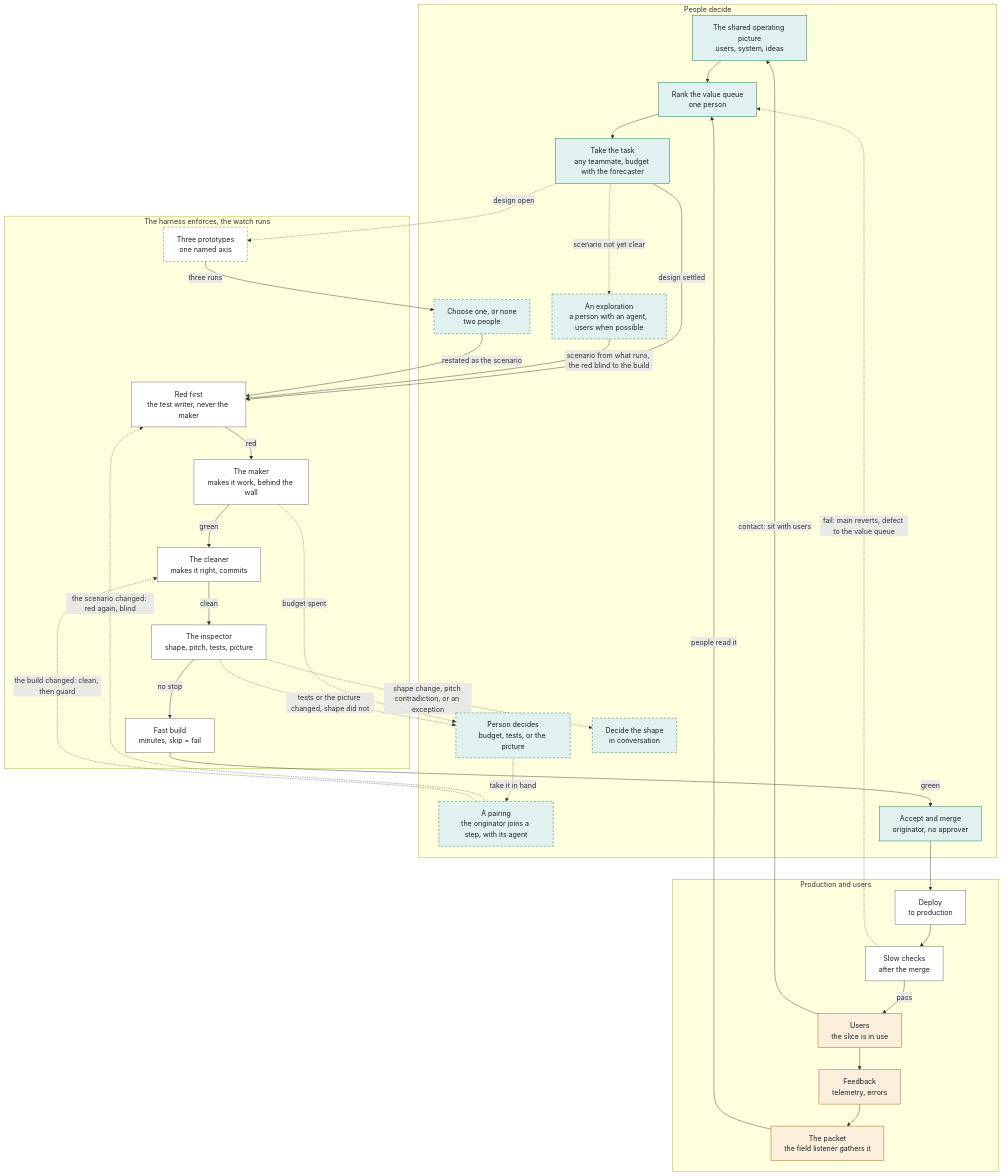
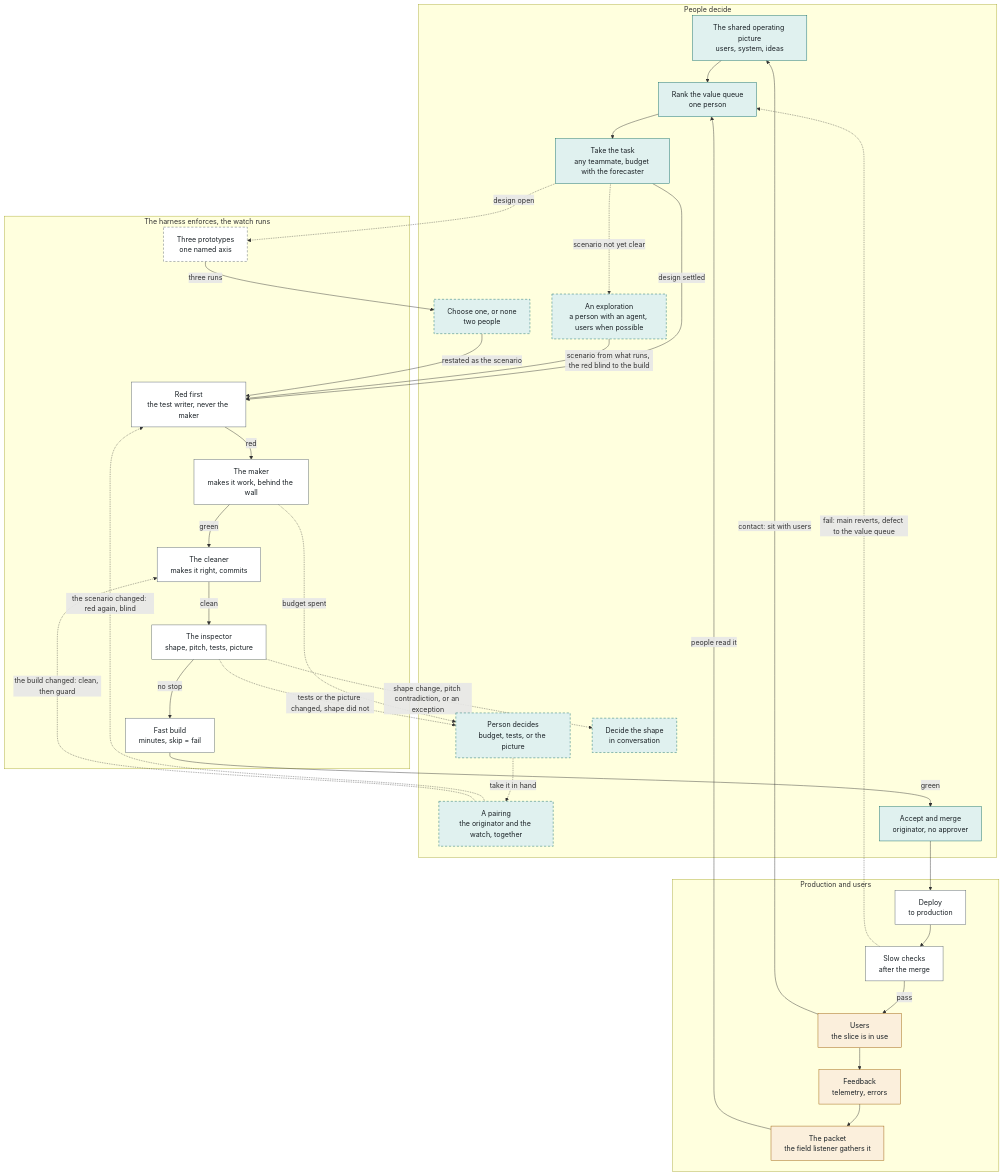
One commit to seanpk/xtremevibing.com changed the diagram in loop.md. Above: the diagram before and after it, drawn with Mermaid. The commit also changed other lines of this file and 2 other files, not shown here.

````diff
--- a/loop.md
+++ b/loop.md
@@ -56,66 +56,66 @@
 ```mermaid
 flowchart TB
   subgraph People["People decide"]
     picture["The shared operating picture<br/>users, system, ideas"]
     rank["Rank the value queue<br/>one person"]
     take["Take the task<br/>any teammate, budget with the forecaster"]
     explore["An exploration<br/>a person with an agent, users when possible"]
     choose["Choose one, or none<br/>two people"]
     decide["Person decides<br/>budget, tests, or the picture"]
-    pairing["A pairing<br/>the originator joins a step, with its agent"]
+    pairing["A pairing<br/>the originator and the watch, together"]
     shape["Decide the shape<br/>in conversation"]
     merge["Accept and merge<br/>originator, no approver"]
   end
 
   subgraph Harness["The harness enforces, the watch runs"]
     protos["Three prototypes<br/>one named axis"]
     red["Red first<br/>the test writer, never the maker"]
     maker["The maker<br/>makes it work, behind the wall"]
     cleaner["The cleaner<br/>makes it right, commits"]
     inspector["The inspector<br/>shape, pitch, tests, picture"]
     build["Fast build<br/>minutes, skip = fail"]
   end
 
   subgraph Use["Production and users"]
     deploy["Deploy<br/>to production"]
     slow["Slow checks<br/>after the merge"]
     users["Users<br/>the slice is in use"]
     feedback["Feedback<br/>telemetry, errors"]
     packet["The packet<br/>the field listener gathers it"]
   end
 
   picture --> rank --> take
   take -- "design settled" --> red
   take -. "design open" .-> protos
   take -. "scenario not yet clear" .-> explore
   explore -- "scenario from what runs, the red blind to the build" --> red
   protos -- "three runs" --> choose
   choose -- "restated as the scenario" --> red
   red -- "red" --> maker
   maker -- "green" --> cleaner
   cleaner -- "clean" --> inspector
   inspector -- "no stop" --> build
   build -- "green" --> merge
   merge --> deploy --> slow
   slow -- "pass" --> users
   slow -. "fail: main reverts, defect to the value queue" .-> rank
   users --> feedback
   feedback --> packet
   packet -- "people read it" --> rank
   users -- "contact: sit with users" --> picture
   maker -. "budget spent" .-> decide
   inspector -. "tests or the picture changed, shape did not" .-> decide
   inspector -. "shape change, pitch contradiction, or an exception" .-> shape
   decide -. "take it in hand" .-> pairing
   pairing -. "the scenario changed: red again, blind" .-> red
   pairing -. "the build changed: clean, then guard" .-> cleaner
 
   classDef people fill:#e0f1ef,stroke:#0d6a66,color:#1a2126
   classDef harness fill:#ffffff,stroke:#56626b,color:#1a2126
   classDef use fill:#fbefdc,stroke:#9a5a00,color:#1a2126
   classDef cond stroke-dasharray:5 4
   class picture,rank,take,explore,choose,decide,pairing,shape,merge people
   class protos,red,maker,cleaner,inspector,build,deploy,slow harness
   class users,feedback,packet use
   class choose,decide,pairing,shape,protos,explore cond
 ```
````
